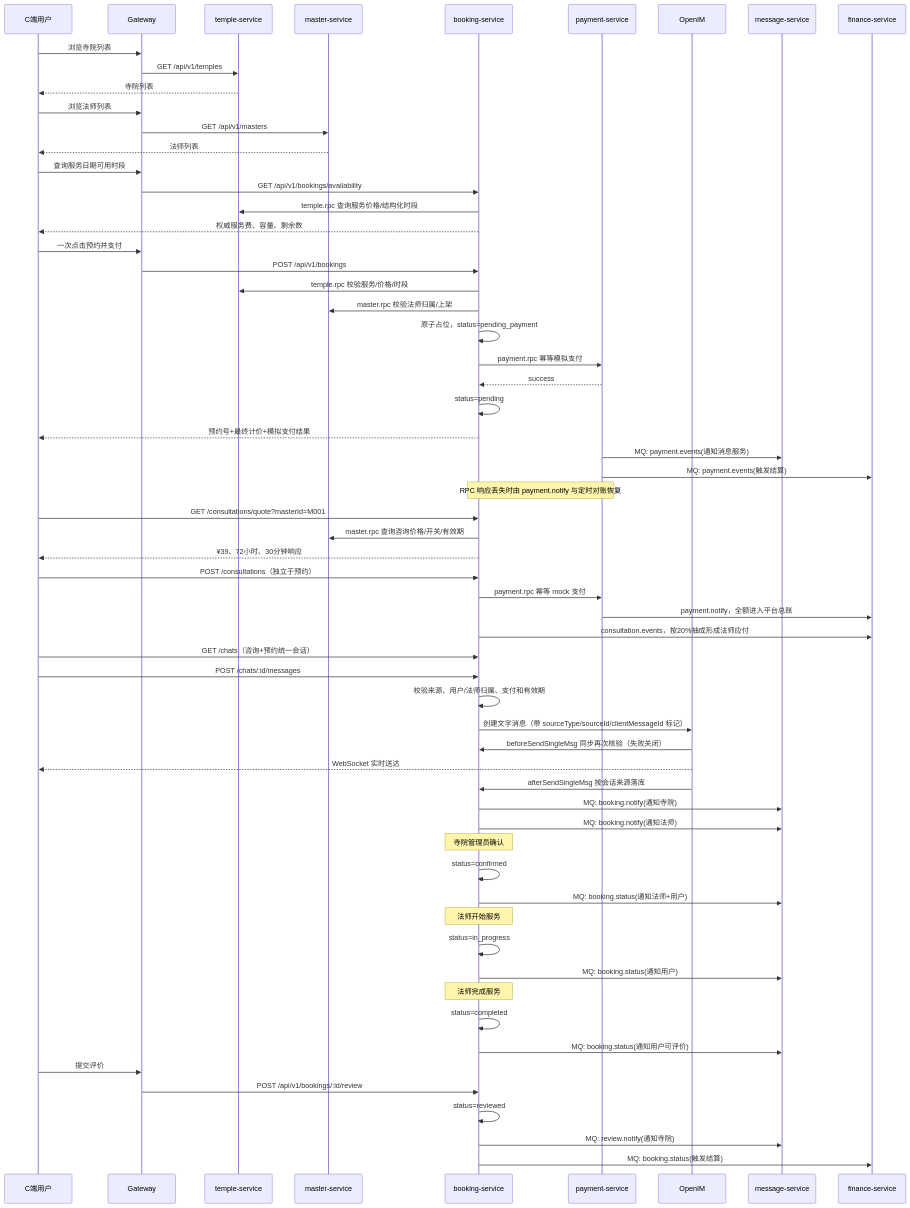
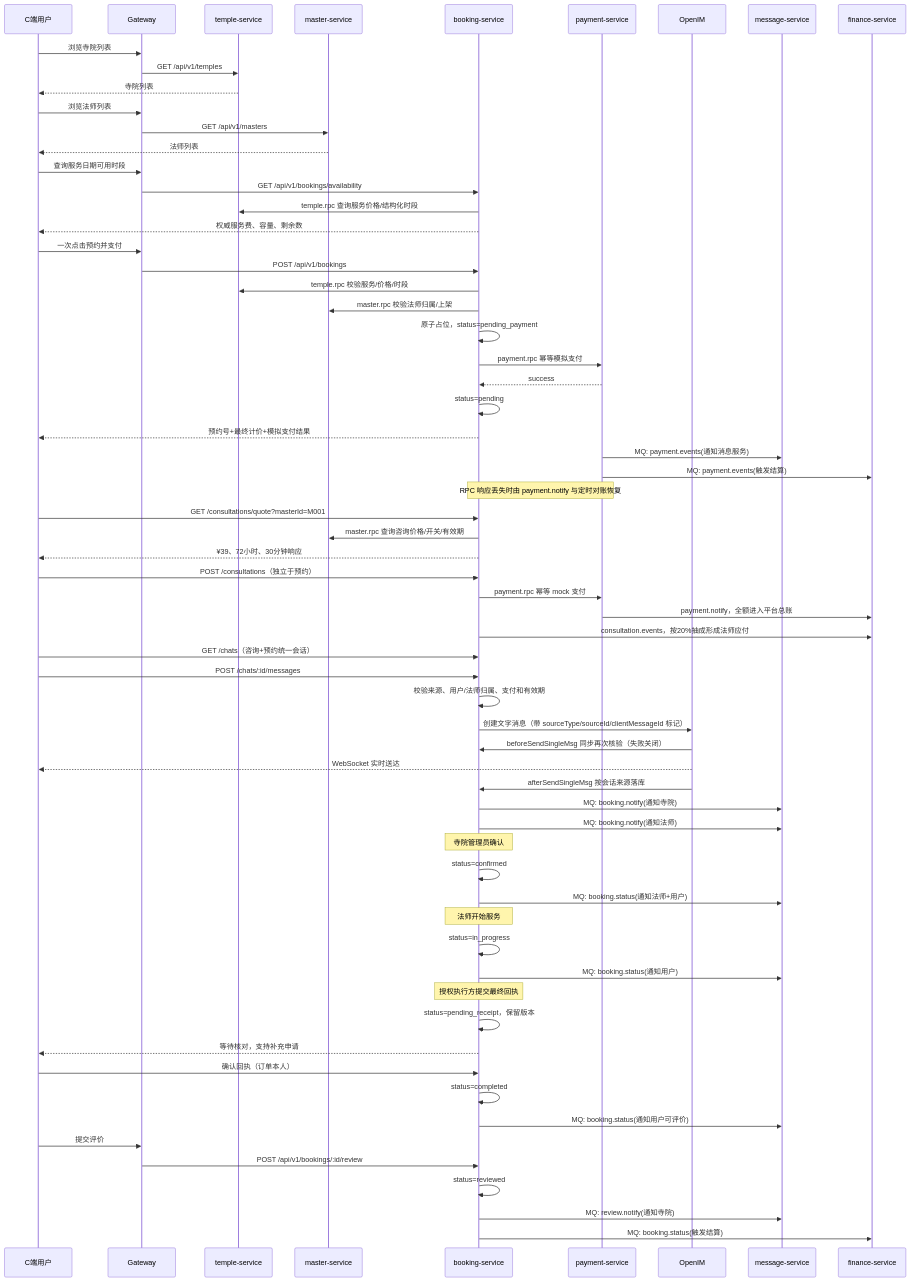
One commit to askxuan-dongfang/askxuan-docs changed the second of 13 diagrams in docs/architecture/业务流程.md. Above: the diagram before and after it, drawn with Mermaid. The commit also changed other lines of this file and 38 other files, not shown here.

````diff
--- a/docs/architecture/业务流程.md
+++ b/docs/architecture/业务流程.md
@@ -53,74 +57,77 @@
 ```mermaid
 sequenceDiagram
     participant U as C端用户
     participant GW as Gateway
     participant T as temple-service
     participant M as master-service
     participant B as booking-service
     participant P as payment-service
     participant IM as OpenIM
     participant MSG as message-service
     participant F as finance-service
 
     U->>GW: 浏览寺院列表
     GW->>T: GET /api/v1/temples
     T-->>U: 寺院列表
 
     U->>GW: 浏览法师列表
     GW->>M: GET /api/v1/masters
     M-->>U: 法师列表
 
 	U->>GW: 查询服务日期可用时段
 	GW->>B: GET /api/v1/bookings/availability
 	B->>T: temple.rpc 查询服务价格/结构化时段
 	B-->>U: 权威服务费、容量、剩余数
 
 	U->>GW: 一次点击预约并支付
     GW->>B: POST /api/v1/bookings
 	B->>T: temple.rpc 校验服务/价格/时段
 	B->>M: master.rpc 校验法师归属/上架
 	B->>B: 原子占位，status=pending_payment
 	B->>P: payment.rpc 幂等模拟支付
 	P-->>B: success
 	B->>B: status=pending
 	B-->>U: 预约号+最终计价+模拟支付结果
     P->>MSG: MQ: payment.events(通知消息服务)
     P->>F: MQ: payment.events(触发结算)
 	Note over B,P: RPC 响应丢失时由 payment.notify 与定时对账恢复
 
 	U->>B: GET /consultations/quote?masterId=M001
 	B->>M: master.rpc 查询咨询价格/开关/有效期
 	B-->>U: ¥39、72小时、30分钟响应
 	U->>B: POST /consultations（独立于预约）
 	B->>P: payment.rpc 幂等 mock 支付
 	P->>F: payment.notify，全额进入平台总账
 	B->>F: consultation.events，按20%抽成形成法师应付
 	U->>B: GET /chats（咨询+预约统一会话）
 	U->>B: POST /chats/:id/messages
 	B->>B: 校验来源、用户/法师归属、支付和有效期
 	B->>IM: 创建文字消息（带 sourceType/sourceId/clientMessageId 标记）
 	IM->>B: beforeSendSingleMsg 同步再次核验（失败关闭）
 	IM-->>U: WebSocket 实时送达
 	IM->>B: afterSendSingleMsg 按会话来源落库
 
     B->>MSG: MQ: booking.notify(通知寺院)
     B->>MSG: MQ: booking.notify(通知法师)
 
     Note over B: 寺院管理员确认
     B->>B: status=confirmed
     B->>MSG: MQ: booking.status(通知法师+用户)
 
     Note over B: 法师开始服务
     B->>B: status=in_progress
     B->>MSG: MQ: booking.status(通知用户)
 
-    Note over B: 法师完成服务
+    Note over B: 授权执行方提交最终回执
+    B->>B: status=pending_receipt，保留版本
+    B-->>U: 等待核对，支持补充申请
+    U->>B: 确认回执（订单本人）
     B->>B: status=completed
     B->>MSG: MQ: booking.status(通知用户可评价)
 
     U->>GW: 提交评价
     GW->>B: POST /api/v1/bookings/:id/review
     B->>B: status=reviewed
     B->>MSG: MQ: review.notify(通知寺院)
     B->>F: MQ: booking.status(触发结算)
 ```
````
